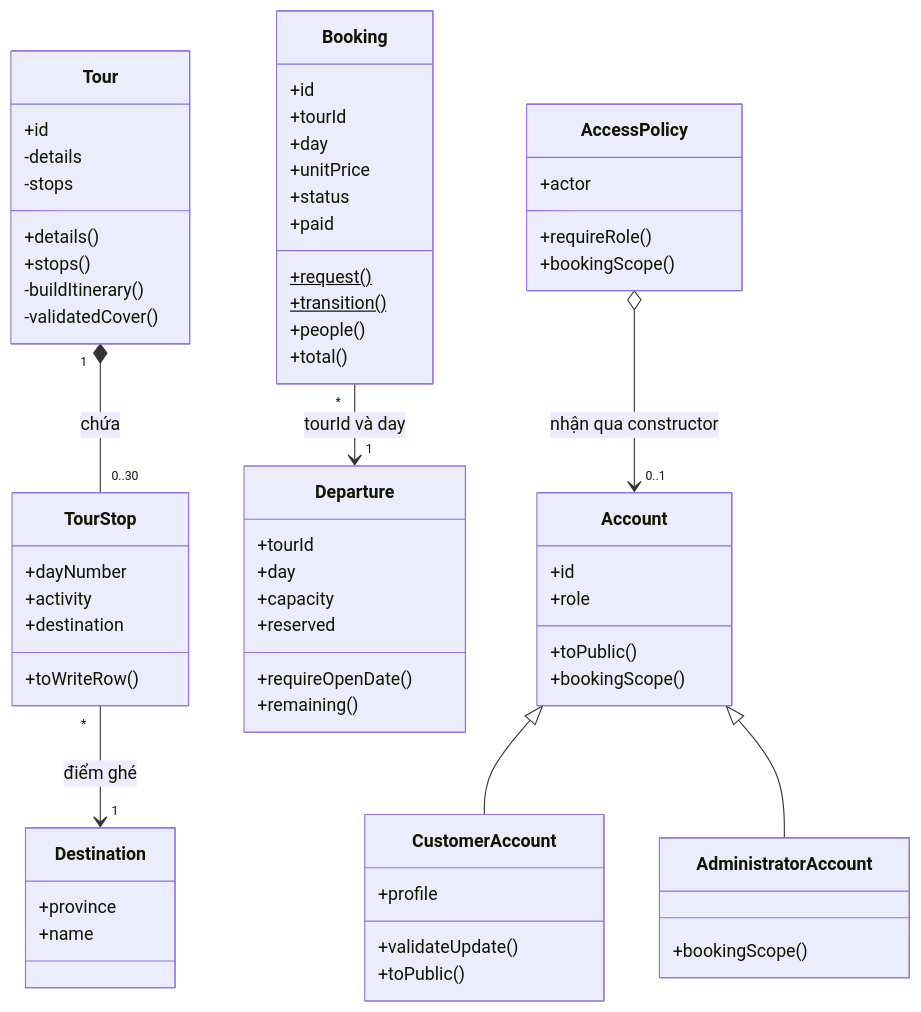
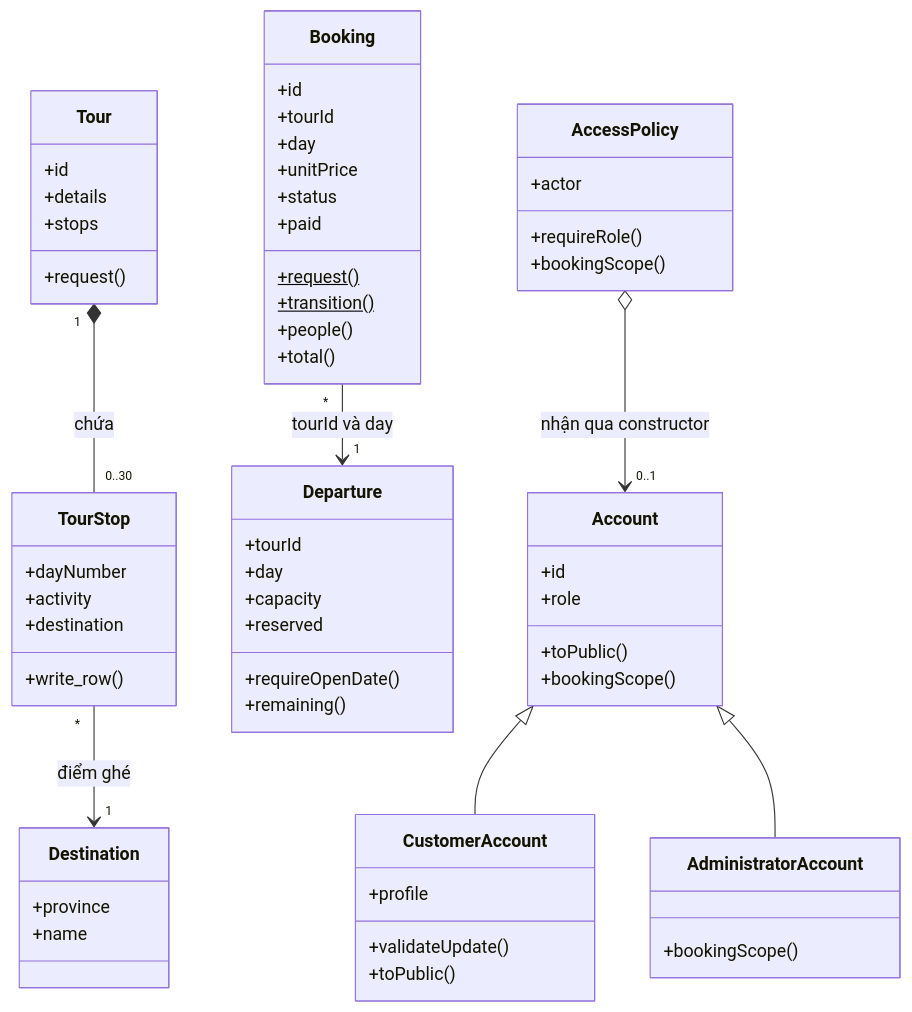
Before and after one commit to dqming1876/OOP_TourManager: the first of 2 diagrams in docs/checklist-4.1.md, drawn with Mermaid. The commit also changed other lines of this file and 88 other files, not shown here.

````diff
--- a/docs/checklist-4.1.md
+++ b/docs/checklist-4.1.md
@@ -5,68 +5,65 @@
 ```mermaid
 classDiagram
     direction TB
     class Tour {
         +id
-        -details
-        -stops
-        +details()
-        +stops()
-        -buildItinerary()
-        -validatedCover()
+        +details
+        +stops
+        +request()
     }
     class TourStop {
         +dayNumber
         +activity
         +destination
-        +toWriteRow()
+        +write_row()
     }
     class Destination {
         +province
         +name
     }
     class Booking {
         +id
         +tourId
         +day
         +unitPrice
         +status
         +paid
         +request()$
         +transition()$
         +people()
         +total()
     }
     class Departure {
         +tourId
         +day
         +capacity
         +reserved
         +requireOpenDate()
         +remaining()
     }
     class Account {
         +id
         +role
         +toPublic()
         +bookingScope()
     }
     class CustomerAccount {
         +profile
         +validateUpdate()
         +toPublic()
     }
     class AdministratorAccount {
         +bookingScope()
     }
     class AccessPolicy {
         +actor
         +requireRole()
         +bookingScope()
     }
     Tour "1" *-- "0..30" TourStop : chứa
     TourStop "*" --> "1" Destination : điểm ghé
     Booking "*" --> "1" Departure : tourId và day
     Account <|-- CustomerAccount
     Account <|-- AdministratorAccount
     AccessPolicy o--> "0..1" Account : nhận qua constructor
 ```
````
